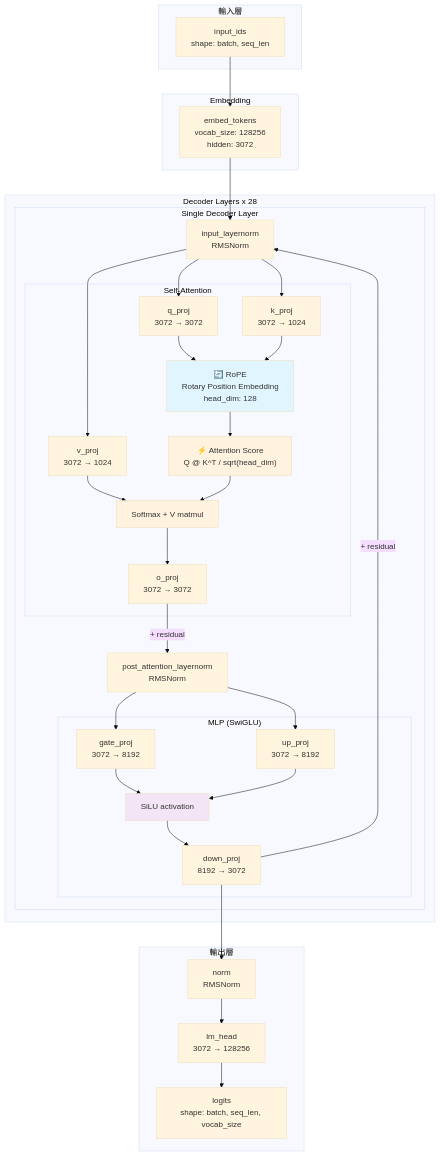
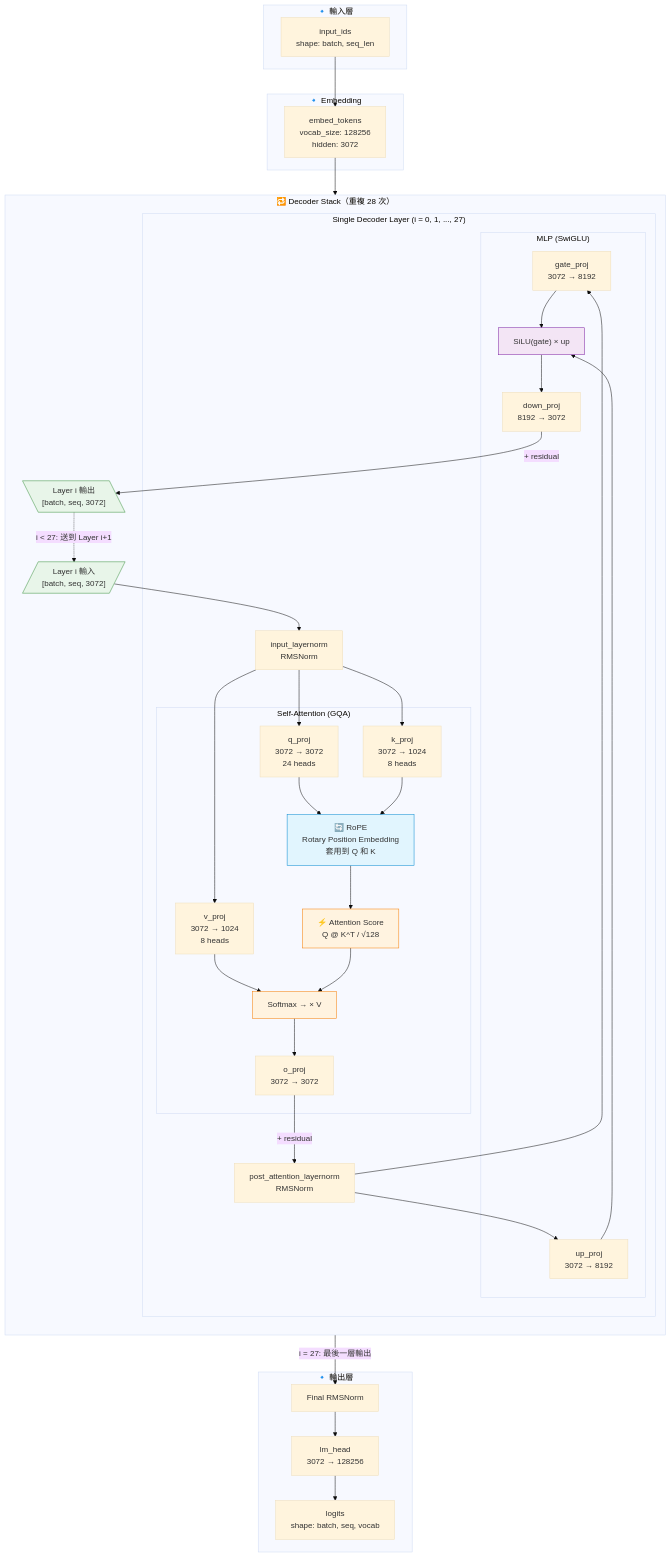
One commit to weilai2025-lai/transformer_llama_3_2 changed the diagram in llama3_2_architecture.md. Above: the diagram before and after it, drawn with Mermaid (base theme). The commit also changed other lines of this file, not shown here.

````diff
--- a/llama3_2_architecture.md
+++ b/llama3_2_architecture.md
@@ -20,66 +22,78 @@
 ```mermaid
 graph TD
-    subgraph Input["輸入層"]
+    subgraph Input["🔹 輸入層"]
         A[input_ids<br/>shape: batch, seq_len]
     end
 
-    subgraph Embedding["Embedding"]
+    subgraph Embedding["🔹 Embedding"]
         B[embed_tokens<br/>vocab_size: 128256<br/>hidden: 3072]
     end
 
     A --> B
 
-    subgraph DecoderStack["Decoder Layers x 28"]
-        subgraph Layer["Single Decoder Layer"]
+    subgraph DecoderStack["🔁 Decoder Stack（重複 28 次）"]
+        direction TB
+        
+        LAYER_IN[/"Layer i 輸入<br/>[batch, seq, 3072]"/]
+        
+        subgraph Layer["Single Decoder Layer (i = 0, 1, ..., 27)"]
             C[input_layernorm<br/>RMSNorm]
             
-            subgraph Attention["Self-Attention"]
-                D1[q_proj<br/>3072 → 3072]
-                D2[k_proj<br/>3072 → 1024]
-                D3[v_proj<br/>3072 → 1024]
-                D4["🔄 RoPE<br/>Rotary Position Embedding<br/>head_dim: 128"]
-                D5["⚡ Attention Score<br/>Q @ K^T / sqrt(head_dim)"]
-                D6["Softmax + V matmul"]
+            subgraph Attention["Self-Attention (GQA)"]
+                D1[q_proj<br/>3072 → 3072<br/>24 heads]
+                D2[k_proj<br/>3072 → 1024<br/>8 heads]
+                D3[v_proj<br/>3072 → 1024<br/>8 heads]
+                D4["🔄 RoPE<br/>Rotary Position Embedding<br/>套用到 Q 和 K"]
+                D5["⚡ Attention Score<br/>Q @ K^T / √128"]
+                D6["Softmax → × V"]
                 D7[o_proj<br/>3072 → 3072]
             end
             
             E[post_attention_layernorm<br/>RMSNorm]
             
             subgraph MLP["MLP (SwiGLU)"]
                 F1[gate_proj<br/>3072 → 8192]
                 F2[up_proj<br/>3072 → 8192]
-                F3["SiLU activation"]
+                F3["SiLU(gate) × up"]
                 F4[down_proj<br/>8192 → 3072]
             end
         end
+        
+        LAYER_OUT[\"Layer i 輸出<br/>[batch, seq, 3072]"\]
     end
 
-    B --> C
+    B --> LAYER_IN
+    LAYER_IN --> C
     C --> D1 & D2 & D3
-    D1 & D2 --> D4
+    D1 --> D4
+    D2 --> D4
     D4 --> D5
     D3 --> D6
     D5 --> D6
     D6 --> D7
     D7 -->|"+ residual"| E
     E --> F1 & F2
     F1 --> F3
     F2 --> F3
     F3 --> F4
-    F4 -->|"+ residual"| C
+    F4 -->|"+ residual"| LAYER_OUT
+    
+    LAYER_OUT -.->|"i < 27: 送到 Layer i+1"| LAYER_IN
 
-    subgraph Output["輸出層"]
-        G[norm<br/>RMSNorm]
+    subgraph Output["🔹 輸出層"]
+        G[Final RMSNorm]
         H[lm_head<br/>3072 → 128256]
-        I[logits<br/>shape: batch, seq_len, vocab_size]
+        I[logits<br/>shape: batch, seq, vocab]
     end
 
-    F4 --> G
+    LAYER_OUT -->|"i = 27: 最後一層輸出"| G
     G --> H
     H --> I
 
-    style D4 fill:#e1f5fe
-    style D5 fill:#fff3e0
-    style D6 fill:#fff3e0
-    style F3 fill:#f3e5f5
+    style D4 fill:#e1f5fe,stroke:#0288d1
+    style D5 fill:#fff3e0,stroke:#f57c00
+    style D6 fill:#fff3e0,stroke:#f57c00
+    style F3 fill:#f3e5f5,stroke:#7b1fa2
+    style LAYER_IN fill:#e8f5e9,stroke:#388e3c
+    style LAYER_OUT fill:#e8f5e9,stroke:#388e3c
 ```
````
